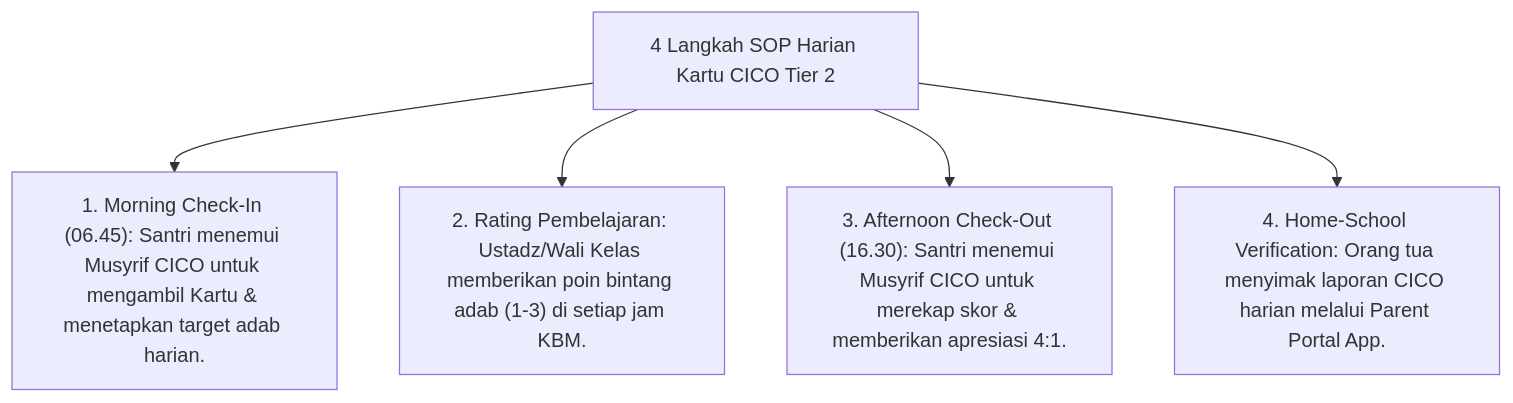
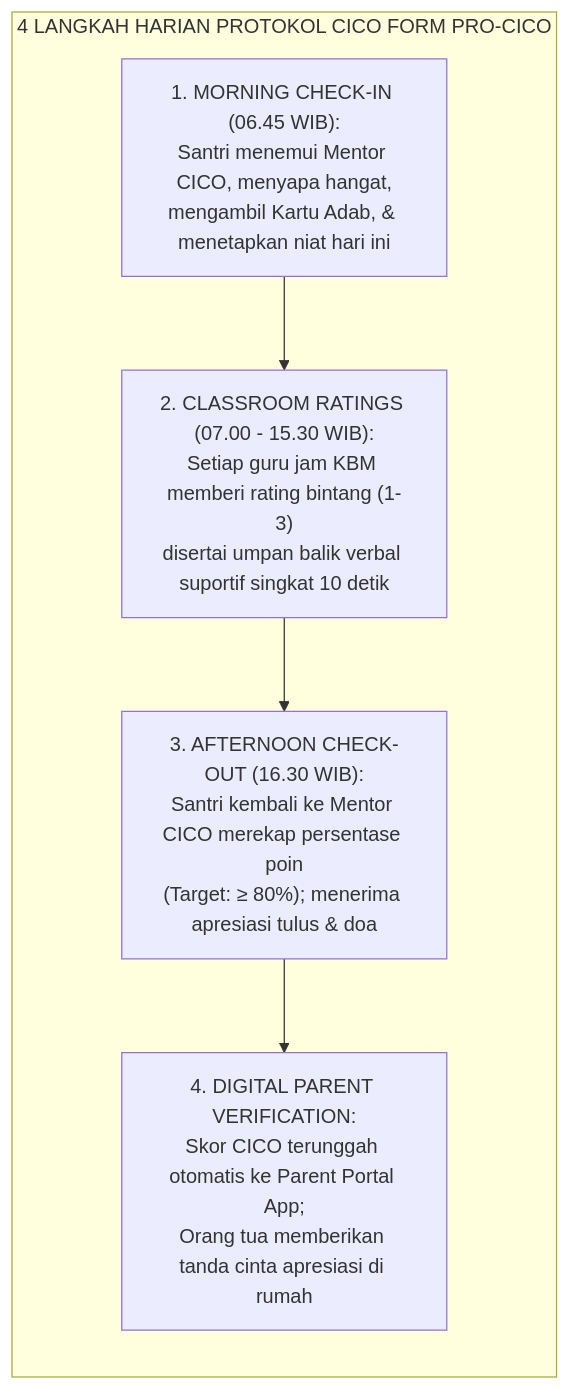
Before and after one commit to wandiapriliyandi/tumbuh: the second of 2 diagrams in 09 Programs/05 Special Programs/P9-05-02-Program-CICO-Tier-2-dan-BIP-Tier-3-BK.md, drawn with Mermaid. The commit also changed other lines of this file and 3 other files, not shown here.

````diff
--- a/09 Programs/05 Special Programs/P9-05-02-Program-CICO-Tier-2-dan-BIP-Tier-3-BK.md
+++ b/09 Programs/05 Special Programs/P9-05-02-Program-CICO-Tier-2-dan-BIP-Tier-3-BK.md
@@ -14,8 +44,8 @@
 ```mermaid
-graph TD
-    CICORunbook["4 Langkah SOP Harian Kartu CICO Tier 2"]
-    CICORunbook --> MorningCheckIn["1. Morning Check-In (06.45): Santri menemui Musyrif CICO untuk mengambil Kartu & menetapkan target adab harian."]
-    CICORunbook --> TeacherRatings["2. Rating Pembelajaran: Ustadz/Wali Kelas memberikan poin bintang adab (1-3) di setiap jam KBM."]
-    CICORunbook --> AfternoonCheckOut["3. Afternoon Check-Out (16.30): Santri menemui Musyrif CICO untuk merekap skor & memberikan apresiasi 4:1."]
-    CICORunbook --> ParentSign["4. Home-School Verification: Orang tua menyimak laporan CICO harian melalui Parent Portal App."]
+flowchart LR
+    subgraph DailyCICOFlow["4 LANGKAH HARIAN PROTOKOL CICO FORM PRO-CICO"]
+        S1["1. MORNING CHECK-IN (06.45 WIB):<br/>Santri menemui Mentor CICO, menyapa hangat,<br/>mengambil Kartu Adab, & menetapkan niat hari ini"] --> S2["2. CLASSROOM RATINGS (07.00 - 15.30 WIB):<br/>Setiap guru jam KBM memberi rating bintang (1-3)<br/>disertai umpan balik verbal suportif singkat 10 detik"]
+        S2 --> S3["3. AFTERNOON CHECK-OUT (16.30 WIB):<br/>Santri kembali ke Mentor CICO merekap persentase poin<br/>(Target: ≥ 80%); menerima apresiasi tulus & doa"]
+        S3 --> S4["4. DIGITAL PARENT VERIFICATION:<br/>Skor CICO terunggah otomatis ke Parent Portal App;<br/>Orang tua memberikan tanda cinta apresiasi di rumah"]
+    end
 ```
````
